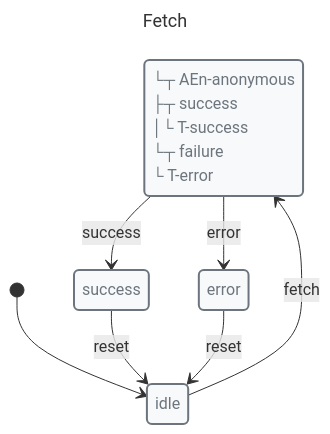
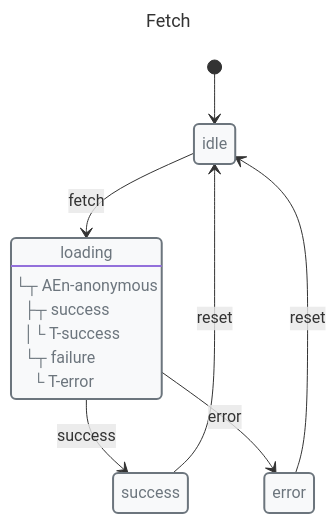
Before and after one commit to Masquerade-Circus/x-robot: the second of 2 diagrams in docs/guides/code-generation.md, drawn with Mermaid. The commit also changed other lines of this file and 123 other files, not shown here.

Commit message:
refactor: improve mermaid code

````diff
--- a/docs/guides/code-generation.md
+++ b/docs/guides/code-generation.md
@@ -81,32 +81,33 @@
 ```mermaid
 ---
 title: Fetch
 ---
 
 stateDiagram-v2
+direction TB
 
 classDef danger fill:#f8d7da,stroke:#721c24,stroke-width:2px,text-align:left,color:#721c24
 classDef warning fill:#fff3cd,stroke:#856404,stroke-width:2px,text-align:left,color:#856404
 classDef success fill:#d4edda,stroke:#155724,stroke-width:2px,text-align:left,color:#155724
 classDef primary fill:#cce5ff,stroke:#004085,stroke-width:2px,text-align:left,color:#004085
 classDef info fill:#d1ecf1,stroke:#0c5460,stroke-width:2px,text-align:left,color:#0c5460
 classDef def fill:#f8f9fa,stroke:#6c757d,stroke-width:2px,text-align:left,color:#6c757d
 
-state idle
-state loading
-state success
-state error
+state "idle" as idle
+state "loading" as loading
+state "success" as success
+state "error" as error
 class idle def
 class loading def
 class success def
 class error def
 
-loading: └┬ AEn-anonymous<br> ├┬ success<br> │└ T-success<br> └┬ failure<br>  └ T-error
+loading: └┬ AEn-anonymous<br> ├┬ success<br> │└ T-success<br> └┬ failure<br>  └ T-error
 
 [*] --> idle
 idle --> loading: fetch
 loading --> success: success
 loading --> error: error
 success --> idle: reset
 error --> idle: reset
 ```
````
